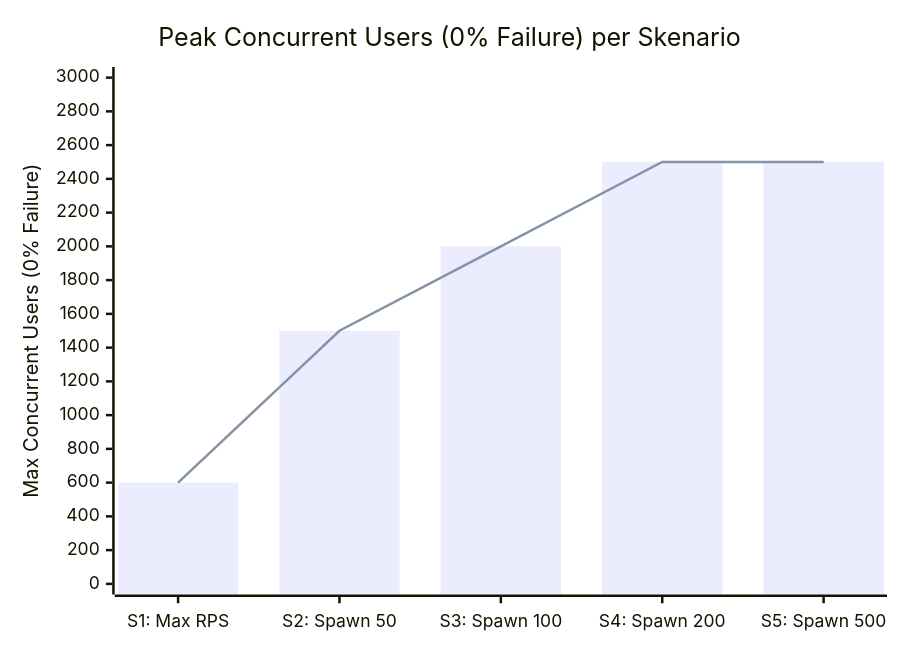
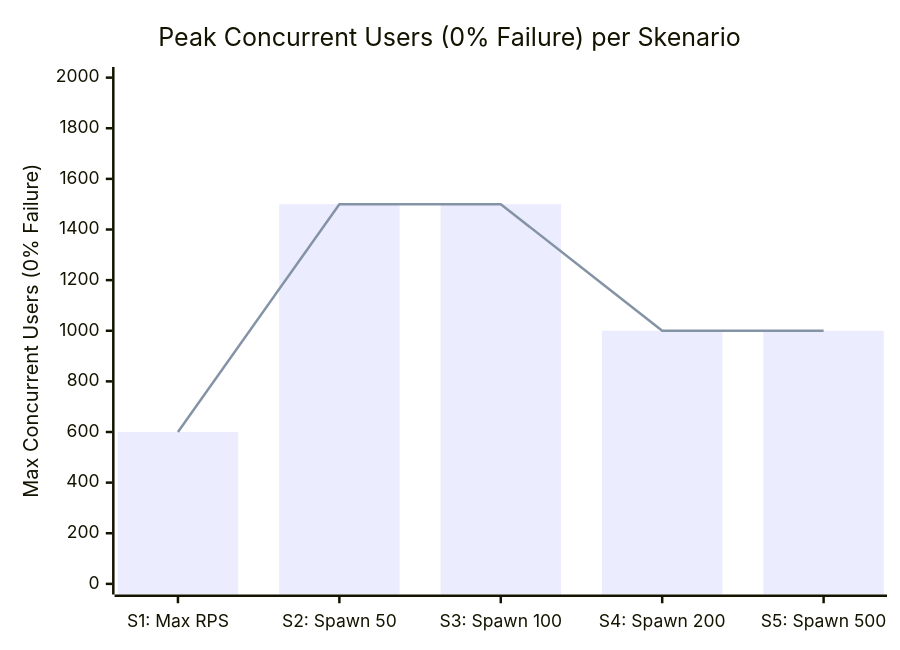
The fifth of 5 diagrams in README.md (baboey/fp-tka-1), drawn with Mermaid before and after one commit. The commit also changed other lines of this file and 13 other files, not shown here.

````diff
--- a/README.md
+++ b/README.md
@@ -1065,8 +1053,8 @@
 ```mermaid
 xychart-beta
     title "Peak Concurrent Users (0% Failure) per Skenario"
     x-axis ["S1: Max RPS", "S2: Spawn 50", "S3: Spawn 100", "S4: Spawn 200", "S5: Spawn 500"]
-    y-axis "Max Concurrent Users (0% Failure)" 0 --> 3000
-    bar [600, 1500, 2000, 2500, 2500]
-    line [600, 1500, 2000, 2500, 2500]
+    y-axis "Max Concurrent Users (0% Failure)" 0 --> 2000
+    bar [600, 1500, 1500, 1000, 1000]
+    line [600, 1500, 1500, 1000, 1000]
 ```
````
